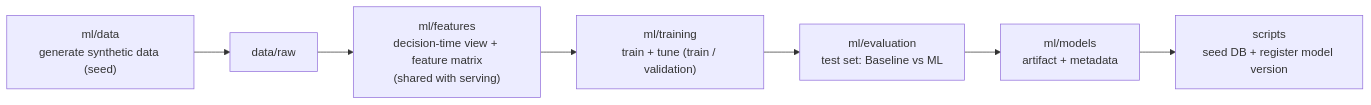
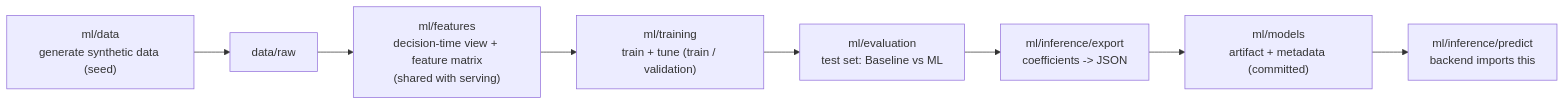
The second of 5 diagrams in docs/architecture.md (iamnmquang/SmartMatchAI), drawn with Mermaid before and after one commit. The commit also changed other lines of this file and 19 other files, not shown here.

````diff
--- a/docs/architecture.md
+++ b/docs/architecture.md
@@ -90,9 +90,10 @@
 ```mermaid
 flowchart LR
     A["ml/data<br/>generate synthetic data (seed)"] --> B["data/raw"]
     B --> C["ml/features<br/>decision-time view + feature matrix<br/>(shared with serving)"]
     C --> E["ml/training<br/>train + tune (train / validation)"]
     E --> F["ml/evaluation<br/>test set: Baseline vs ML"]
-    F --> G["ml/models<br/>artifact + metadata"]
-    G --> H["scripts<br/>seed DB + register model version"]
+    F --> X["ml/inference/export<br/>coefficients -> JSON"]
+    X --> G["ml/models<br/>artifact + metadata (committed)"]
+    G --> H["ml/inference/predict<br/>backend imports this"]
 ```
````
